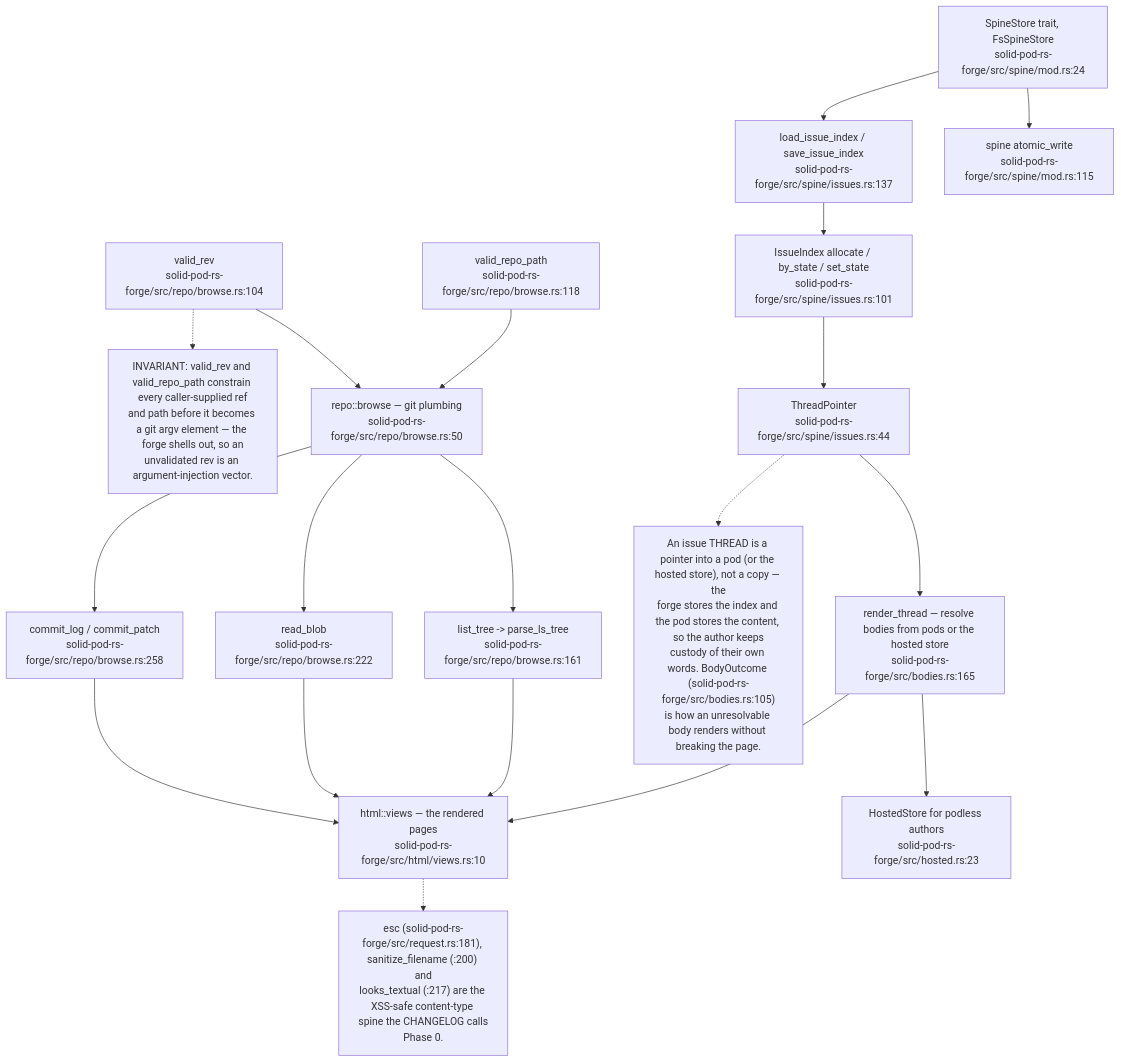
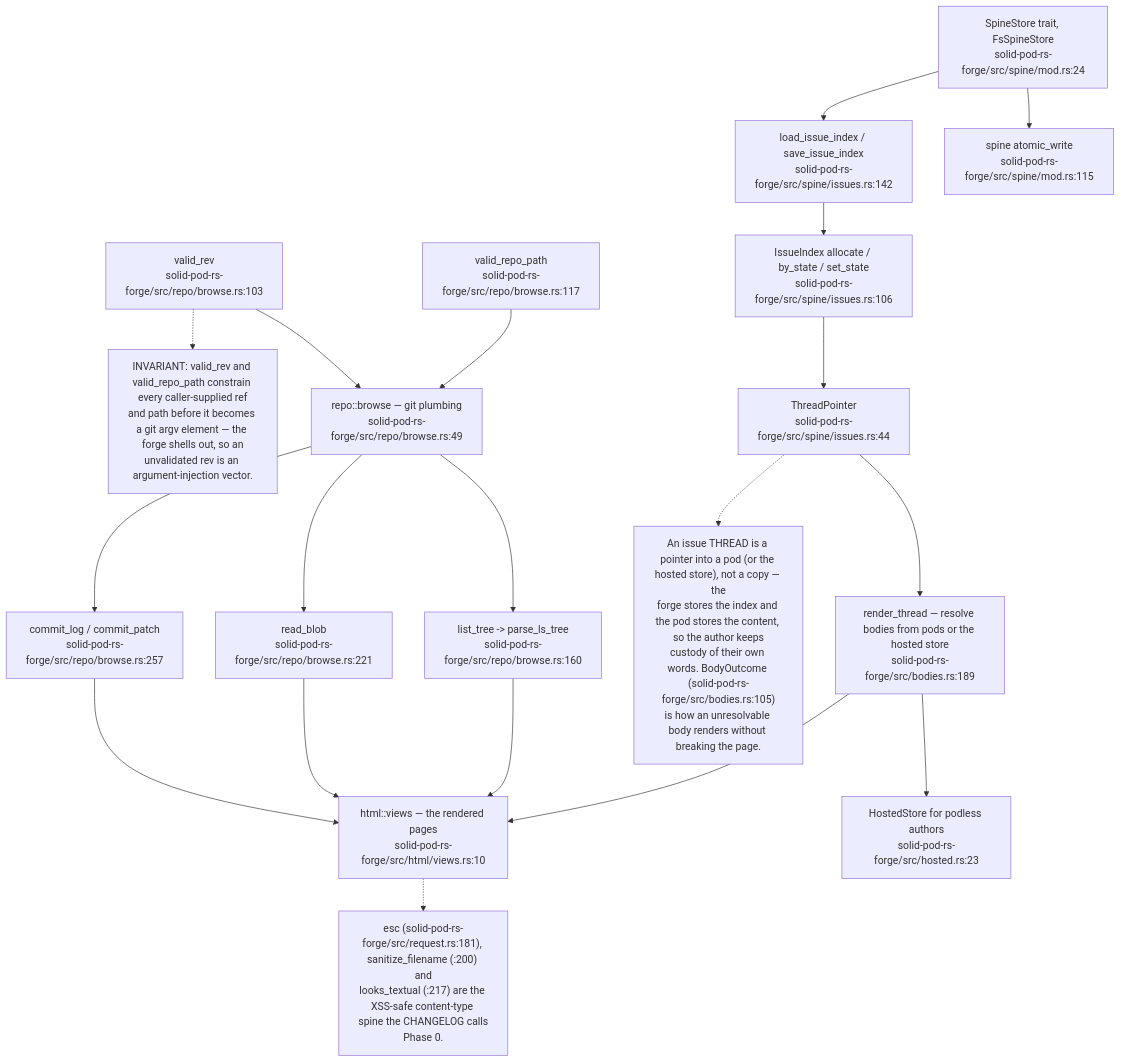
Diagram 12 of 17 in docs/diagrams/solid-pod-rs/08-federation-notifications-forge-mcp.md (DreamLab-AI/VisionFlow), drawn with Mermaid before and after one commit. The commit also changed other lines of this file and 160 other files, not shown here.

````diff
--- a/docs/diagrams/solid-pod-rs/08-federation-notifications-forge-mcp.md
+++ b/docs/diagrams/solid-pod-rs/08-federation-notifications-forge-mcp.md
@@ -359,36 +369,36 @@
 ```mermaid
 flowchart TD
-    BR["repo::browse — git plumbing<br/>solid-pod-rs-forge/src/repo/browse.rs:50"]
-    VR["valid_rev<br/>solid-pod-rs-forge/src/repo/browse.rs:104"]
-    VP["valid_repo_path<br/>solid-pod-rs-forge/src/repo/browse.rs:118"]
-    LT["list_tree -> parse_ls_tree<br/>solid-pod-rs-forge/src/repo/browse.rs:161"]
-    RB["read_blob<br/>solid-pod-rs-forge/src/repo/browse.rs:222"]
-    CL["commit_log / commit_patch<br/>solid-pod-rs-forge/src/repo/browse.rs:258"]
+    BR["repo::browse — git plumbing<br/>solid-pod-rs-forge/src/repo/browse.rs:49"]
+    VR["valid_rev<br/>solid-pod-rs-forge/src/repo/browse.rs:103"]
+    VP["valid_repo_path<br/>solid-pod-rs-forge/src/repo/browse.rs:117"]
+    LT["list_tree -> parse_ls_tree<br/>solid-pod-rs-forge/src/repo/browse.rs:160"]
+    RB["read_blob<br/>solid-pod-rs-forge/src/repo/browse.rs:221"]
+    CL["commit_log / commit_patch<br/>solid-pod-rs-forge/src/repo/browse.rs:257"]
     SP["SpineStore trait, FsSpineStore<br/>solid-pod-rs-forge/src/spine/mod.rs:24"]
     AW["spine atomic_write<br/>solid-pod-rs-forge/src/spine/mod.rs:115"]
-    IX["IssueIndex allocate / by_state / set_state<br/>solid-pod-rs-forge/src/spine/issues.rs:101"]
-    LD["load_issue_index / save_issue_index<br/>solid-pod-rs-forge/src/spine/issues.rs:137"]
+    IX["IssueIndex allocate / by_state / set_state<br/>solid-pod-rs-forge/src/spine/issues.rs:106"]
+    LD["load_issue_index / save_issue_index<br/>solid-pod-rs-forge/src/spine/issues.rs:142"]
     TP["ThreadPointer<br/>solid-pod-rs-forge/src/spine/issues.rs:44"]
-    RT["render_thread — resolve bodies from pods or the hosted store<br/>solid-pod-rs-forge/src/bodies.rs:165"]
+    RT["render_thread — resolve bodies from pods or the hosted store<br/>solid-pod-rs-forge/src/bodies.rs:189"]
     HS["HostedStore for podless authors<br/>solid-pod-rs-forge/src/hosted.rs:23"]
     VIEW["html::views — the rendered pages<br/>solid-pod-rs-forge/src/html/views.rs:10"]
 
     VR --> BR
     VP --> BR
     BR --> LT
     BR --> RB
     BR --> CL
     SP --> AW
     SP --> LD --> IX --> TP --> RT --> HS
     LT --> VIEW
     RB --> VIEW
     CL --> VIEW
     RT --> VIEW
 
     N["INVARIANT: valid_rev and valid_repo_path constrain every caller-supplied ref<br/>and path before it becomes a git argv element — the forge shells out, so an<br/>unvalidated rev is an argument-injection vector."]
     VR -.-> N
     N2["An issue THREAD is a pointer into a pod (or the hosted store), not a copy — the<br/>forge stores the index and the pod stores the content, so the author keeps<br/>custody of their own words. BodyOutcome (solid-pod-rs-forge/src/bodies.rs:105)<br/>is how an unresolvable body renders without breaking the page."]
     TP -.-> N2
     N3["esc (solid-pod-rs-forge/src/request.rs:181), sanitize_filename (:200) and<br/>looks_textual (:217) are the XSS-safe content-type spine the CHANGELOG calls<br/>Phase 0."]
     VIEW -.-> N3
 ```
````
